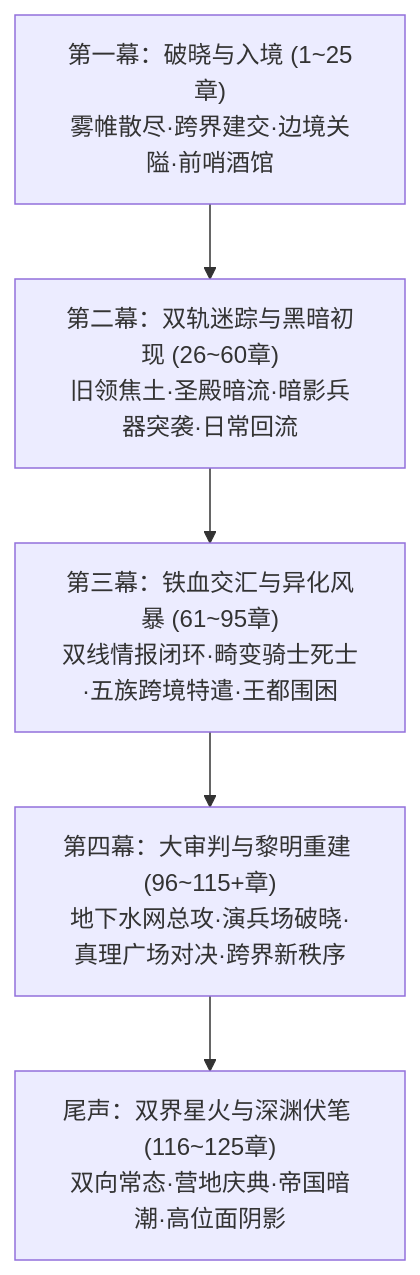
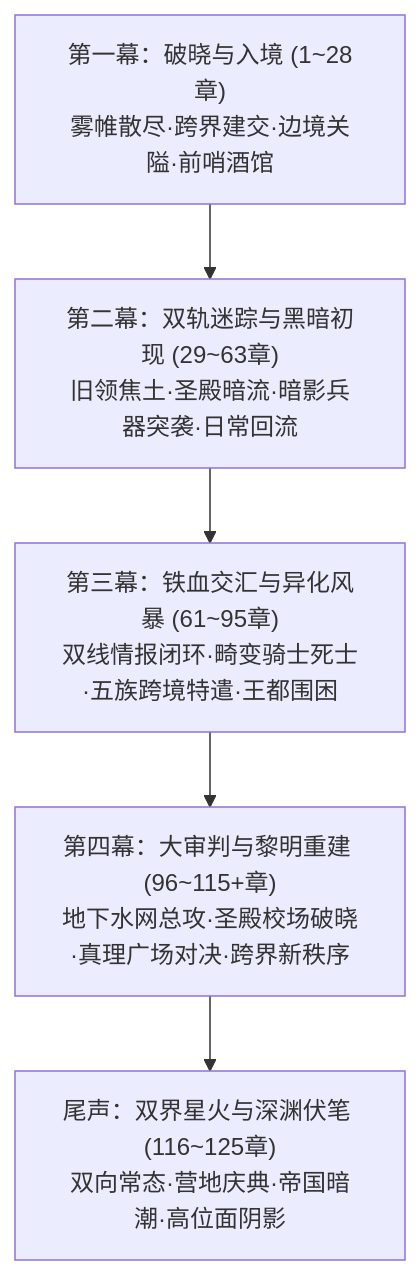
Before and after one commit to soranokiseki1437/eldoria-worldbook: the diagram in 方案/第二部/主线与世界扩充方案/01_百章宏篇主线演进与阶段规划方案.md, drawn with Mermaid. The commit also changed other lines of this file and 43 other files, not shown here.

````diff
--- a/方案/第二部/主线与世界扩充方案/01_百章宏篇主线演进与阶段规划方案.md
+++ b/方案/第二部/主线与世界扩充方案/01_百章宏篇主线演进与阶段规划方案.md
@@ -11,10 +11,10 @@
 ```mermaid
 graph TD
-    M1["第一幕：破晓与入境 (1~25章)<br/>雾帷散尽·跨界建交·边境关隘·前哨酒馆"]
-    M2["第二幕：双轨迷踪与黑暗初现 (26~60章)<br/>旧领焦土·圣殿暗流·暗影兵器突袭·日常回流"]
+    M1["第一幕：破晓与入境 (1~28章)<br/>雾帷散尽·跨界建交·边境关隘·前哨酒馆"]
+    M2["第二幕：双轨迷踪与黑暗初现 (29~63章)<br/>旧领焦土·圣殿暗流·暗影兵器突袭·日常回流"]
     M3["第三幕：铁血交汇与异化风暴 (61~95章)<br/>双线情报闭环·畸变骑士死士·五族跨境特遣·王都围困"]
-    M4["第四幕：大审判与黎明重建 (96~115+章)<br/>地下水网总攻·演兵场破晓·真理广场对决·跨界新秩序"]
+    M4["第四幕：大审判与黎明重建 (96~115+章)<br/>地下水网总攻·圣殿校场破晓·真理广场对决·跨界新秩序"]
     M5["尾声：双界星火与深渊伏笔 (116~125章)<br/>双向常态·营地庆典·帝国暗潮·高位面阴影"]
 
     M1 --> M2 --> M3 --> M4 --> M5
 ```
````
